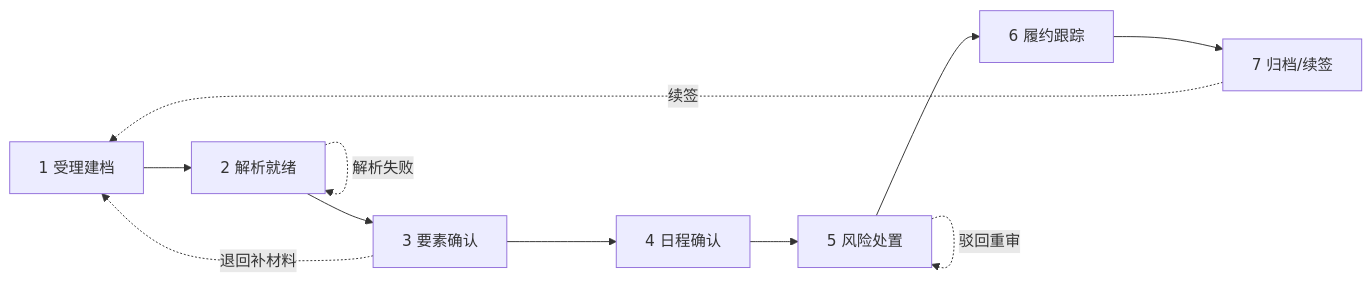
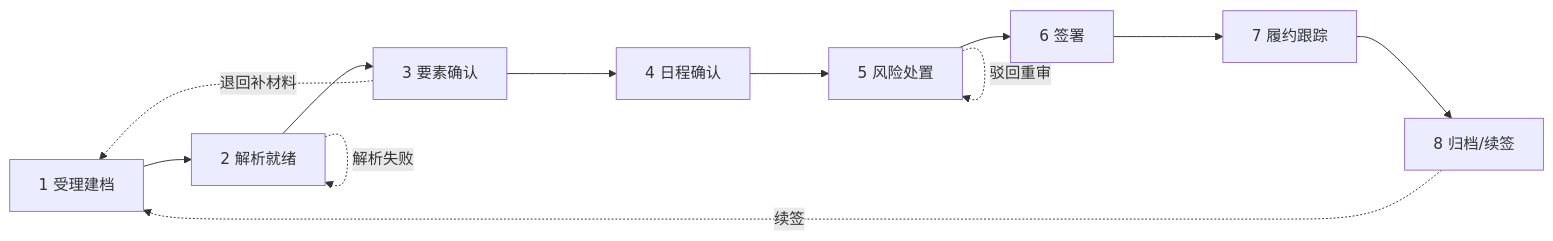
The diagram in docs/prd-contract-case-lifecycle.md (DayDayUpStudyHard/AtlasMind-Agent-Workbench), drawn with Mermaid before and after one commit. The commit also changed other lines of this file and 3 other files, not shown here.

````diff
--- a/docs/prd-contract-case-lifecycle.md
+++ b/docs/prd-contract-case-lifecycle.md
@@ -48,13 +48,14 @@
 ```mermaid
 flowchart LR
   S1[1 受理建档] --> S2[2 解析就绪]
   S2 --> S3[3 要素确认]
   S3 --> S4[4 日程确认]
   S4 --> S5[5 风险处置]
-  S5 --> S6[6 履约跟踪]
-  S6 --> S7[7 归档/续签]
+  S5 --> S6[6 签署]
+  S6 --> S7[7 履约跟踪]
+  S7 --> S8[8 归档/续签]
   S2 -. 解析失败 .-> S2
   S3 -. 退回补材料 .-> S1
   S5 -. 驳回重审 .-> S5
-  S7 -. 续签 .-> S1
+  S8 -. 续签 .-> S1
 ```
````
